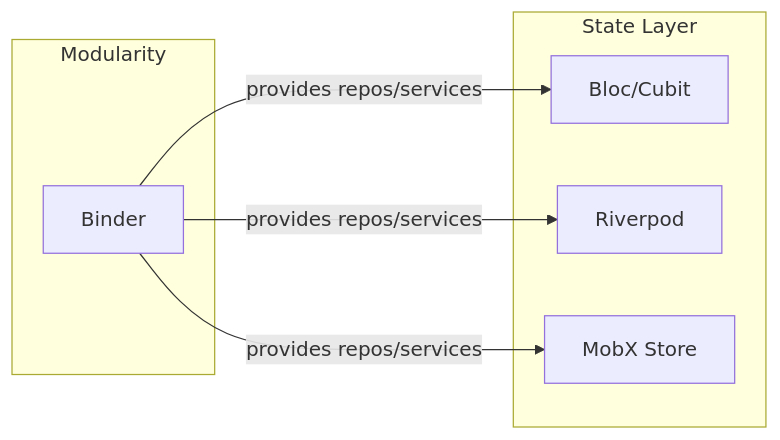
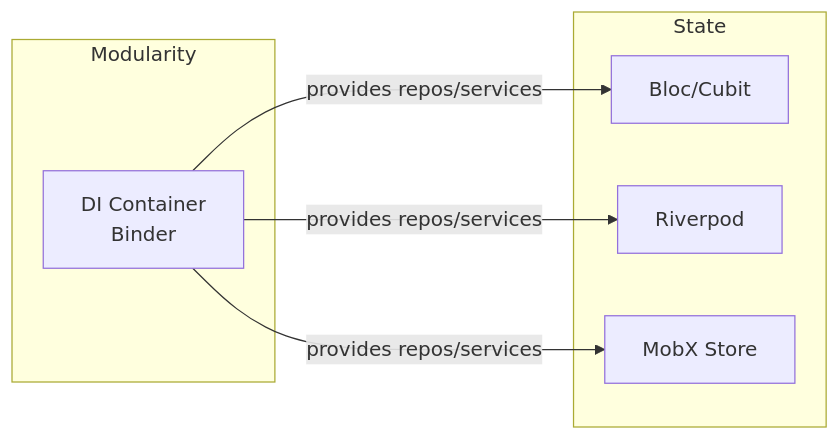
One commit to cherrypick-agency/modularity_dart changed the first of 2 diagrams in docs-site/guide/modularity_workspace/state-management.md. Above: the diagram before and after it, drawn with Mermaid. The commit also changed other lines of this file and 12 other files, not shown here.

````diff
--- a/docs-site/guide/modularity_workspace/state-management.md
+++ b/docs-site/guide/modularity_workspace/state-management.md
@@ -7,14 +7,14 @@
 ```mermaid
 flowchart LR
     subgraph Modularity
-        DI[Binder]
+        DI[DI Container<br/>Binder]
     end
-    subgraph "State Layer"
+    subgraph State
         B[Bloc/Cubit]
         R[Riverpod]
         M[MobX Store]
     end
     DI -->|provides repos/services| B
     DI -->|provides repos/services| R
     DI -->|provides repos/services| M
 ```
````
